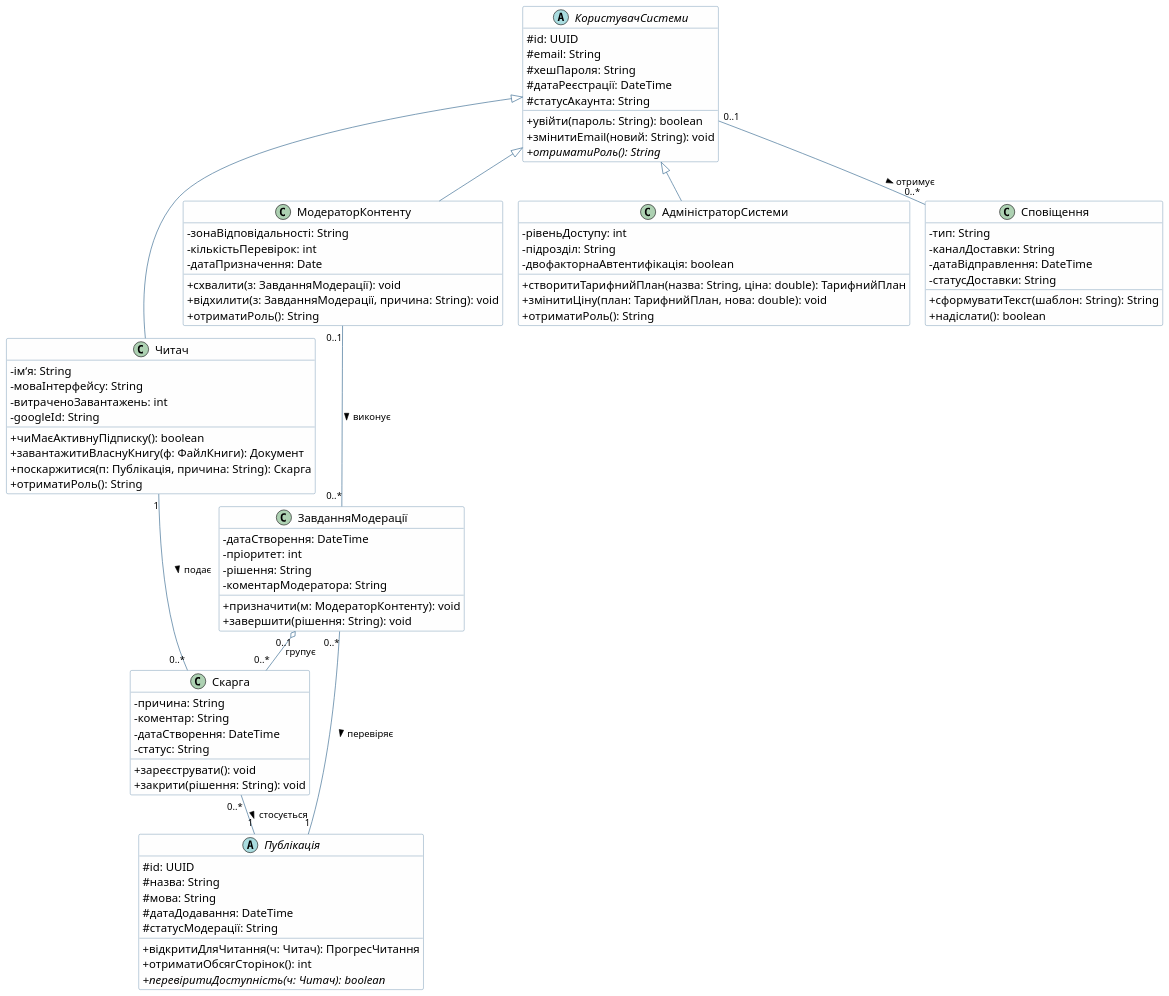
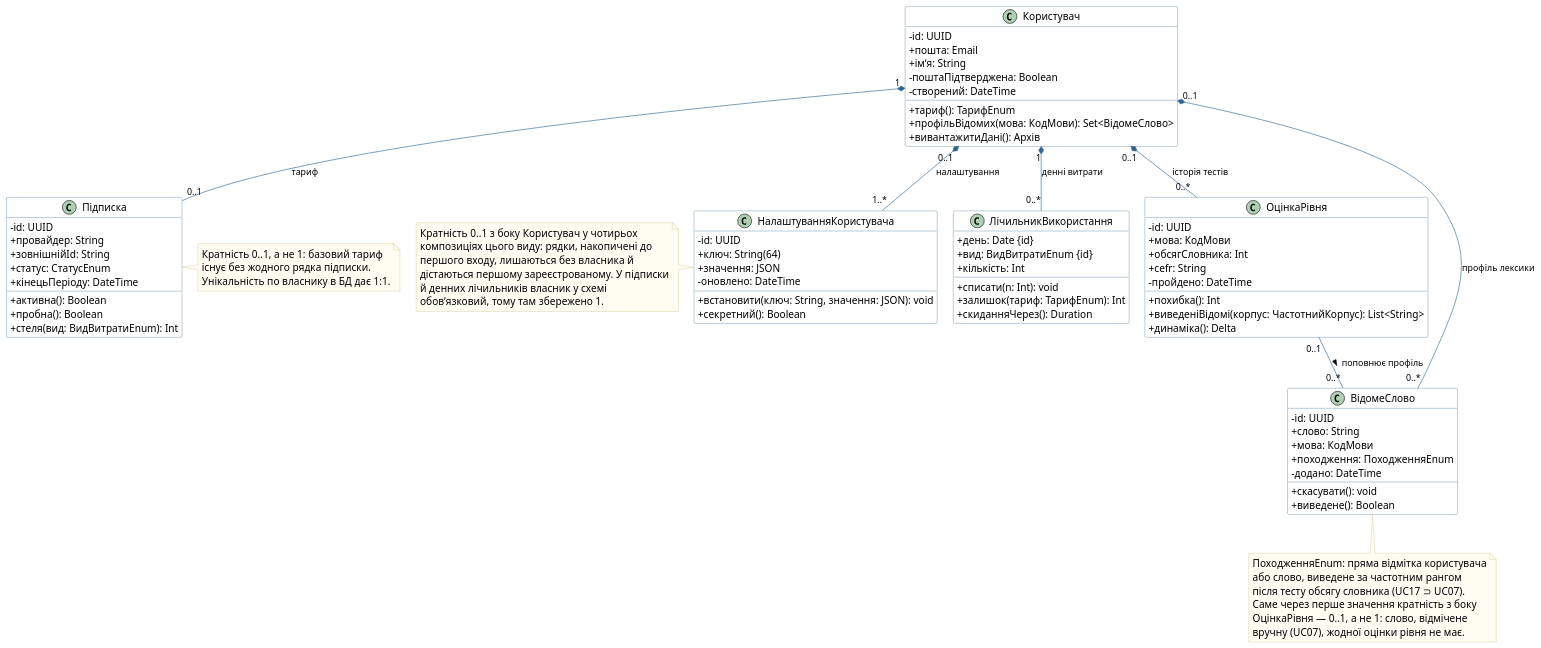
One commit to vt232kod-debug/software-modeling changed the diagram in lab02_classes/classes_view1.puml. Above: the diagram before and after it, drawn with PlantUML. The commit also changed 77 other files, not shown here.

```diff
--- a/lab02_classes/classes_view1.puml
+++ b/lab02_classes/classes_view1.puml
@@ -1,112 +1,116 @@
 @startuml
-' Вид 1. Користувачі, доступ і модерація
-' Частковий вид повної діаграми класів (classes.puml). Склад атрибутів і методів
-' кожного класу дослівно збігається з повною діаграмою.
-' Камінський Олексій Дмитрович, група ВТ-23-2
+' ЛР2. Частковий вид 1: акаунт і його частини (композиція)
+' «Півот». Камінський Олексій Дмитрович, ВТ-23-2
 
 skinparam defaultFontName "Helvetica"
-skinparam defaultFontSize 18
+skinparam defaultFontSize 16
 skinparam classAttributeIconSize 0
 skinparam shadowing false
-skinparam ArrowFontSize 15
+skinparam ArrowFontSize 14
 skinparam nodesep 25
-skinparam ranksep 40
+skinparam ranksep 60
 skinparam class {
   BackgroundColor #FEFEFE
   BorderColor #33668E
   ArrowColor #33668E
 }
-
-abstract class КористувачСистеми {
-  # id: UUID
-  # email: String
-  # хешПароля: String
-  # датаРеєстрації: DateTime
-  # статусАкаунта: String
-  + увійти(пароль: String): boolean
-  + змінитиEmail(новий: String): void
-  + {abstract} отриматиРоль(): String
+skinparam note {
+  BackgroundColor #FFFDF2
+  BorderColor #C9B47A
 }
 
-class Читач {
-  - імʼя: String
-  - моваІнтерфейсу: String
-  - витраченоЗавантажень: int
-  - googleId: String
-  + чиМаєАктивнуПідписку(): boolean
-  + завантажитиВласнуКнигу(ф: ФайлКниги): Документ
-  + поскаржитися(п: Публікація, причина: String): Скарга
-  + отриматиРоль(): String
+class Користувач {
+  - id: UUID
+  + пошта: Email
+  + імʼя: String
+  - поштаПідтверджена: Boolean
+  - створений: DateTime
+  + тариф(): ТарифEnum
+  + профільВідомих(мова: КодМови): Set<ВідомеСлово>
+  + вивантажитиДані(): Архів
 }
 
-class МодераторКонтенту {
-  - зонаВідповідальності: String
-  - кількістьПеревірок: int
-  - датаПризначення: Date
-  + схвалити(з: ЗавданняМодерації): void
-  + відхилити(з: ЗавданняМодерації, причина: String): void
-  + отриматиРоль(): String
+class НалаштуванняКористувача {
+  - id: UUID
+  + {field} ключ: String(64)
+  + значення: JSON
+  - оновлено: DateTime
+  + встановити(ключ: String, значення: JSON): void
+  + секретний(): Boolean
 }
 
-class АдміністраторСистеми {
-  - рівеньДоступу: int
-  - підрозділ: String
-  - двофакторнаАвтентифікація: boolean
-  + створитиТарифнийПлан(назва: String, ціна: double): ТарифнийПлан
-  + змінитиЦіну(план: ТарифнийПлан, нова: double): void
-  + отриматиРоль(): String
+class Підписка {
+  - id: UUID
+  + провайдер: String
+  + зовнішнійId: String
+  + статус: СтатусEnum
+  + кінецьПеріоду: DateTime
+  + активна(): Boolean
+  + пробна(): Boolean
+  + стеля(вид: ВидВитратиEnum): Int
 }
 
-class Сповіщення {
-  - тип: String
-  - каналДоставки: String
-  - датаВідправлення: DateTime
-  - статусДоставки: String
-  + сформуватиТекст(шаблон: String): String
-  + надіслати(): boolean
+class ЛічильникВикористання {
+  + день: Date {id}
+  + вид: ВидВитратиEnum {id}
+  + кількість: Int
+  + списати(n: Int): void
+  + залишок(тариф: ТарифEnum): Int
+  + скиданняЧерез(): Duration
 }
 
-class Скарга {
-  - причина: String
-  - коментар: String
-  - датаСтворення: DateTime
-  - статус: String
-  + зареєструвати(): void
-  + закрити(рішення: String): void
+class ОцінкаРівня {
+  - id: UUID
+  + мова: КодМови
+  + обсягСловника: Int
+  + cefr: String
+  - пройдено: DateTime
+  + похибка(): Int
+  + виведеніВідомі(корпус: ЧастотнийКорпус): List<String>
+  + динаміка(): Delta
 }
 
-class ЗавданняМодерації {
-  - датаСтворення: DateTime
-  - пріоритет: int
-  - рішення: String
-  - коментарМодератора: String
-  + призначити(м: МодераторКонтенту): void
-  + завершити(рішення: String): void
+class ВідомеСлово {
+  - id: UUID
+  + слово: String
+  + мова: КодМови
+  + походження: ПоходженняEnum
+  - додано: DateTime
+  + скасувати(): void
+  + виведене(): Boolean
 }
 
-abstract class Публікація {
-  # id: UUID
-  # назва: String
-  # мова: String
-  # датаДодавання: DateTime
-  # статусМодерації: String
-  + відкритиДляЧитання(ч: Читач): ПрогресЧитання
-  + отриматиОбсягСторінок(): int
-  + {abstract} перевіритиДоступність(ч: Читач): boolean
-}
+' --- композиція ---
+Користувач "0..1" *-- "1..*" НалаштуванняКористувача : налаштування
+Користувач "1" *-- "0..1" Підписка : тариф
+Користувач "1" *-- "0..*" ЛічильникВикористання : денні витрати
+Користувач "0..1" *-- "0..*" ОцінкаРівня : історія тестів
+Користувач "0..1" *-- "0..*" ВідомеСлово : профіль лексики
 
-' --- Узагальнення (3) ---
-КористувачСистеми <|-- Читач
-КористувачСистеми <|-- МодераторКонтенту
-КористувачСистеми <|-- АдміністраторСистеми
+' --- асоціація з кратністю ---
+ОцінкаРівня "0..1" -- "0..*" ВідомеСлово : поповнює профіль >
 
-' --- Агрегація (1) ---
-ЗавданняМодерації "0..1" o-- "0..*" Скарга : групує
+note right of Підписка
+  Кратність 0..1, а не 1: базовий тариф
+  існує без жодного рядка підписки.
+  Унікальність по власнику в БД дає 1:1.
+end note
 
-' --- Асоціації з множинністю (5) ---
-КористувачСистеми "0..1" -- "0..*" Сповіщення : отримує >
-Читач "1" -- "0..*" Скарга : подає >
-МодераторКонтенту "0..1" -- "0..*" ЗавданняМодерації : виконує >
-Скарга "0..*" -- "1" Публікація : стосується >
-ЗавданняМодерації "0..*" -- "1" Публікація : перевіряє >
+note bottom of ВідомеСлово
+  ПоходженняEnum: пряма відмітка користувача
+  або слово, виведене за частотним рангом
+  після тесту обсягу словника (UC17 ⊃ UC07).
+  Саме через перше значення кратність з боку
+  ОцінкаРівня — 0..1, а не 1: слово, відмічене
+  вручну (UC07), жодної оцінки рівня не має.
+end note
+
+note left of НалаштуванняКористувача
+  Кратність 0..1 з боку Користувач у чотирьох
+  композиціях цього виду: рядки, накопичені до
+  першого входу, лишаються без власника й
+  дістаються першому зареєстрованому. У підписки
+  й денних лічильників власник у схемі
+  обовʼязковий, тому там збережено 1.
+end note
 @enduml
```
